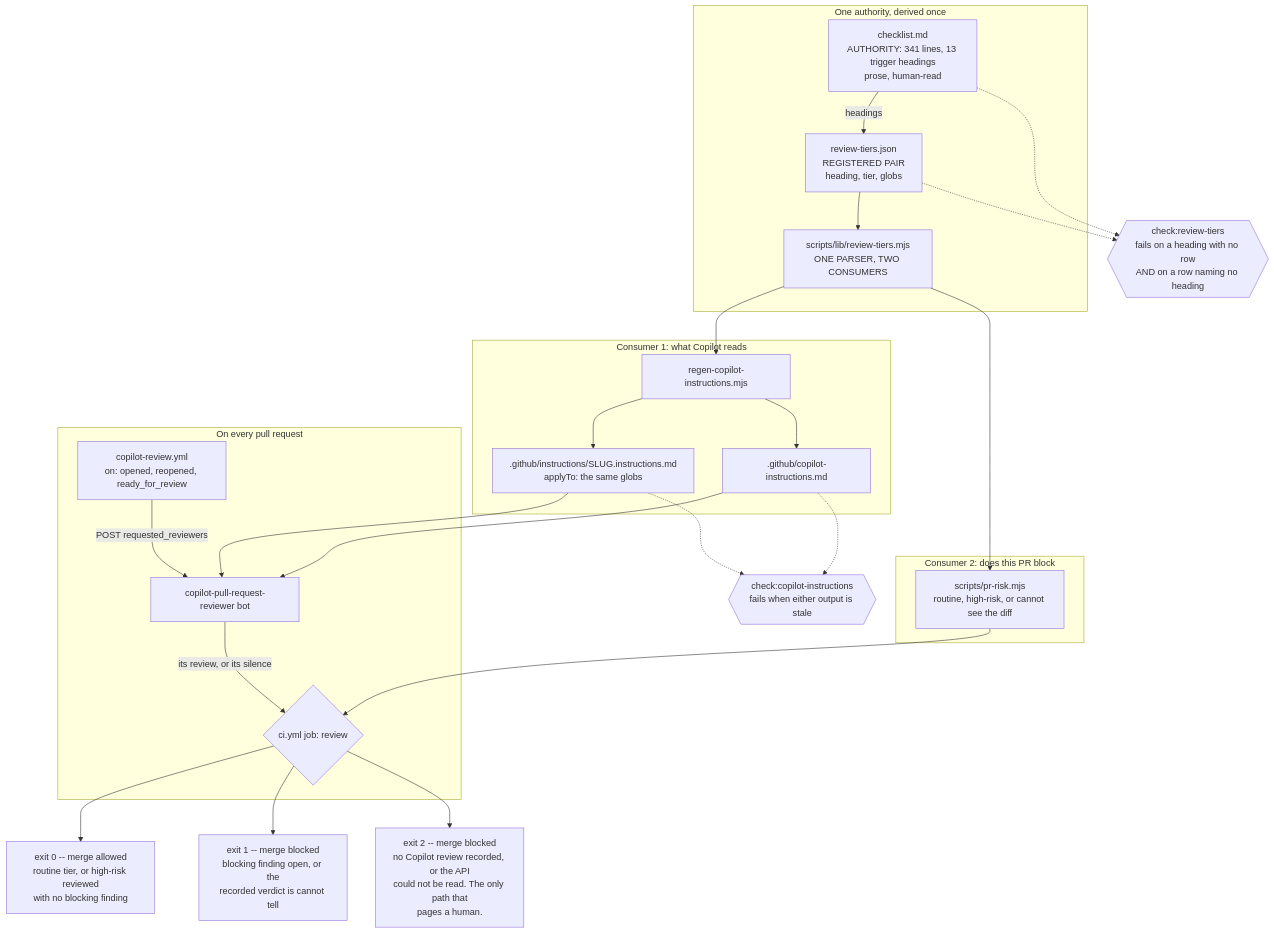
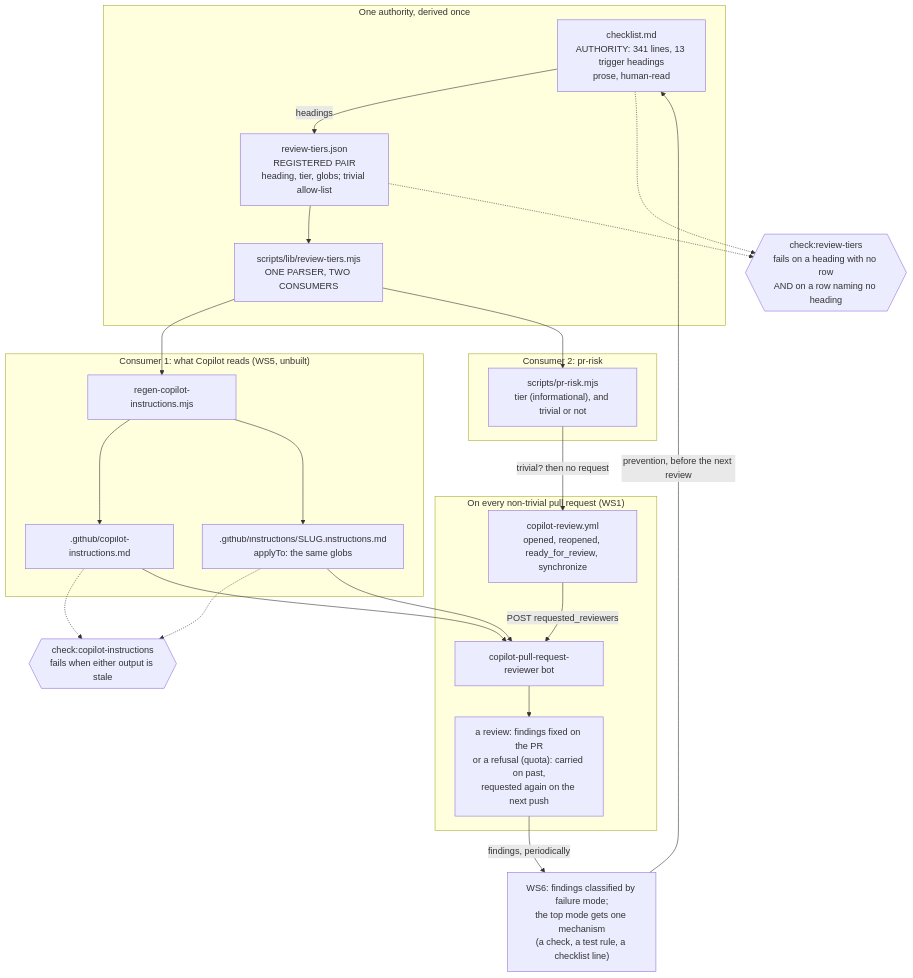
Before and after one commit to semantic-praxis/barwise: the diagram in barwise/docs/specs/tiered-pr-review.spec.md, drawn with Mermaid. The commit also changed other lines of this file and 4 other files, not shown here.

````diff
--- a/barwise/docs/specs/tiered-pr-review.spec.md
+++ b/barwise/docs/specs/tiered-pr-review.spec.md
@@ -385,51 +434,48 @@
 ```mermaid
 flowchart TD
     subgraph Derivation["One authority, derived once"]
         CL["checklist.md\nAUTHORITY: 341 lines, 13 trigger headings\nprose, human-read"]
-        RT["review-tiers.json\nREGISTERED PAIR\nheading, tier, globs"]
+        RT["review-tiers.json\nREGISTERED PAIR\nheading, tier, globs; trivial allow-list"]
         PARSER["scripts/lib/review-tiers.mjs\nONE PARSER, TWO CONSUMERS"]
     end
 
     CRT{{"check:review-tiers\nfails on a heading with no row\nAND on a row naming no heading"}}
 
-    subgraph Consumer1["Consumer 1: what Copilot reads"]
+    subgraph Consumer1["Consumer 1: what Copilot reads (WS5, unbuilt)"]
         REGEN["regen-copilot-instructions.mjs"]
         OUT1[".github/copilot-instructions.md"]
         OUT2[".github/instructions/SLUG.instructions.md\napplyTo: the same globs"]
     end
 
     CCI{{"check:copilot-instructions\nfails when either output is stale"}}
 
-    subgraph Consumer2["Consumer 2: does this PR block"]
-        RISK["scripts/pr-risk.mjs\nroutine, high-risk, or cannot see the diff"]
+    subgraph Consumer2["Consumer 2: pr-risk"]
+        RISK["scripts/pr-risk.mjs\ntier (informational), and trivial or not"]
     end
 
-    subgraph OnPR["On every pull request"]
-        WF["copilot-review.yml\non: opened, reopened, ready_for_review"]
+    subgraph OnPR["On every non-trivial pull request (WS1)"]
+        WF["copilot-review.yml\nopened, reopened, ready_for_review, synchronize"]
         BOT["copilot-pull-request-reviewer bot"]
-        GATE{"ci.yml job: review"}
+        OUTCOME["a review: findings fixed on the PR\nor a refusal (quota): carried on past,\nrequested again on the next push"]
     end
 
-    R0["exit 0 -- merge allowed\nroutine tier, or high-risk reviewed\nwith no blocking finding"]
-    R1["exit 1 -- merge blocked\nblocking finding open, or the\nrecorded verdict is cannot tell"]
-    R2["exit 2 -- merge blocked\nno Copilot review recorded, or the API\ncould not be read. The only path that\npages a human."]
+    LEARN["WS6: findings classified by failure mode;\nthe top mode gets one mechanism\n(a check, a test rule, a checklist line)"]
 
     CL -->|headings| RT
     RT --> PARSER
     CL -.-> CRT
     RT -.-> CRT
     PARSER --> REGEN
     PARSER --> RISK
     REGEN --> OUT1
     REGEN --> OUT2
     OUT1 -.-> CCI
     OUT2 -.-> CCI
     OUT1 --> BOT
     OUT2 --> BOT
+    RISK -->|trivial? then no request| WF
     WF -->|POST requested_reviewers| BOT
-    RISK --> GATE
-    BOT -->|its review, or its silence| GATE
-    GATE --> R0
-    GATE --> R1
-    GATE --> R2
+    BOT --> OUTCOME
+    OUTCOME -->|findings, periodically| LEARN
+    LEARN -->|prevention, before the next review| CL
 ```
````
